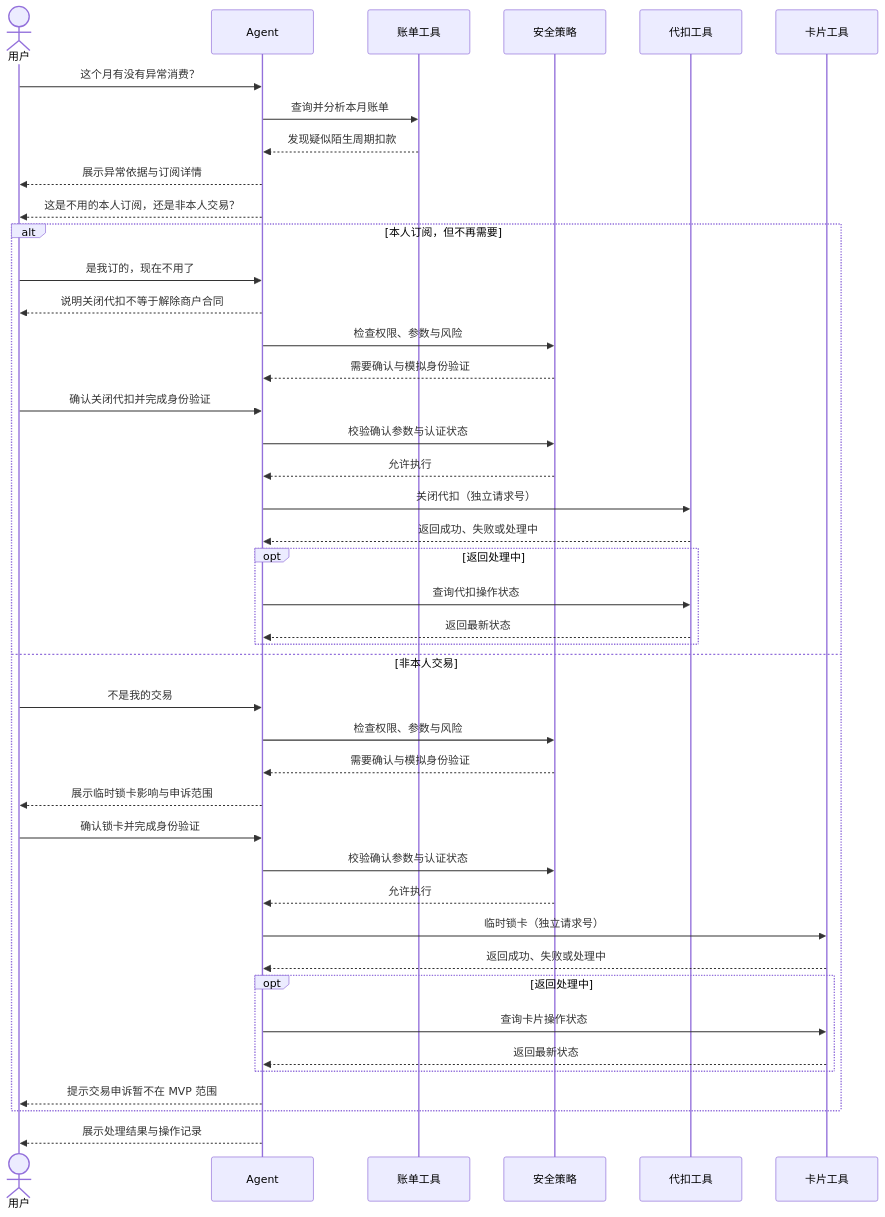
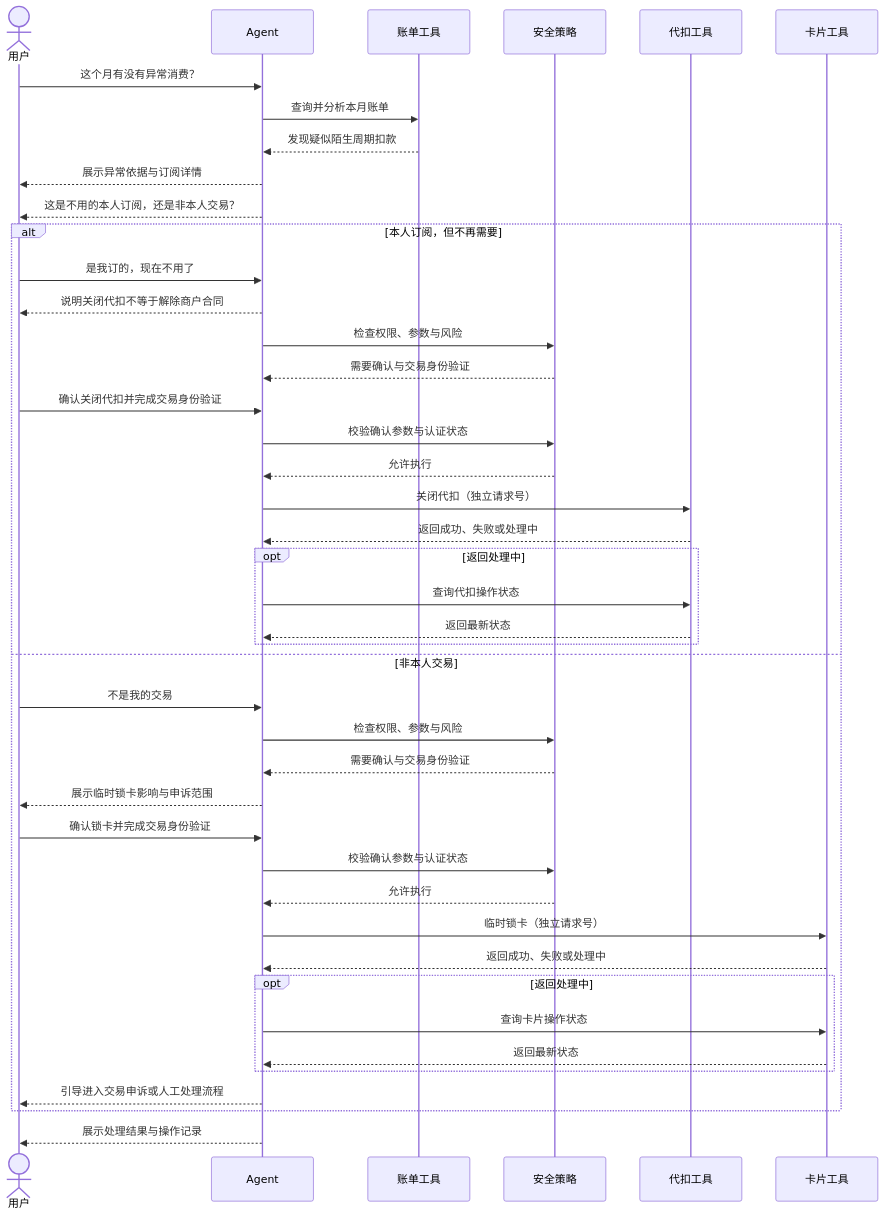
The second of 3 diagrams in README.md (Masterora/bankpilot-agent), drawn with Mermaid before and after one commit. The commit also changed other lines of this file and 84 other files, not shown here.

````diff
--- a/README.md
+++ b/README.md
@@ -40,47 +40,47 @@
 ```mermaid
 sequenceDiagram
     actor U as 用户
     participant A as Agent
     participant B as 账单工具
     participant S as 安全策略
     participant D as 代扣工具
     participant C as 卡片工具
 
     U->>A: 这个月有没有异常消费？
     A->>B: 查询并分析本月账单
     B-->>A: 发现疑似陌生周期扣款
     A-->>U: 展示异常依据与订阅详情
     A-->>U: 这是不用的本人订阅，还是非本人交易？
 
     alt 本人订阅，但不再需要
         U->>A: 是我订的，现在不用了
         A-->>U: 说明关闭代扣不等于解除商户合同
         A->>S: 检查权限、参数与风险
-        S-->>A: 需要确认与模拟身份验证
-        U->>A: 确认关闭代扣并完成身份验证
+        S-->>A: 需要确认与交易身份验证
+        U->>A: 确认关闭代扣并完成交易身份验证
         A->>S: 校验确认参数与认证状态
         S-->>A: 允许执行
         A->>D: 关闭代扣（独立请求号）
         D-->>A: 返回成功、失败或处理中
         opt 返回处理中
             A->>D: 查询代扣操作状态
             D-->>A: 返回最新状态
         end
     else 非本人交易
         U->>A: 不是我的交易
         A->>S: 检查权限、参数与风险
-        S-->>A: 需要确认与模拟身份验证
+        S-->>A: 需要确认与交易身份验证
         A-->>U: 展示临时锁卡影响与申诉范围
-        U->>A: 确认锁卡并完成身份验证
+        U->>A: 确认锁卡并完成交易身份验证
         A->>S: 校验确认参数与认证状态
         S-->>A: 允许执行
         A->>C: 临时锁卡（独立请求号）
         C-->>A: 返回成功、失败或处理中
         opt 返回处理中
             A->>C: 查询卡片操作状态
             C-->>A: 返回最新状态
         end
-        A-->>U: 提示交易申诉暂不在 MVP 范围
+        A-->>U: 引导进入交易申诉或人工处理流程
     end
     A-->>U: 展示处理结果与操作记录
 ```
````
